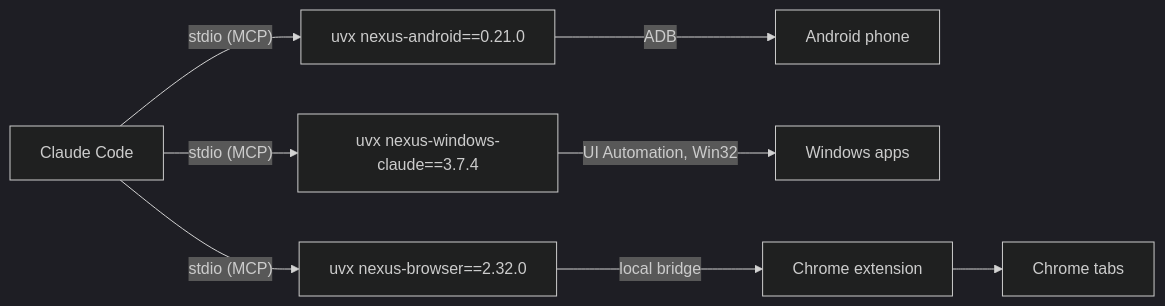
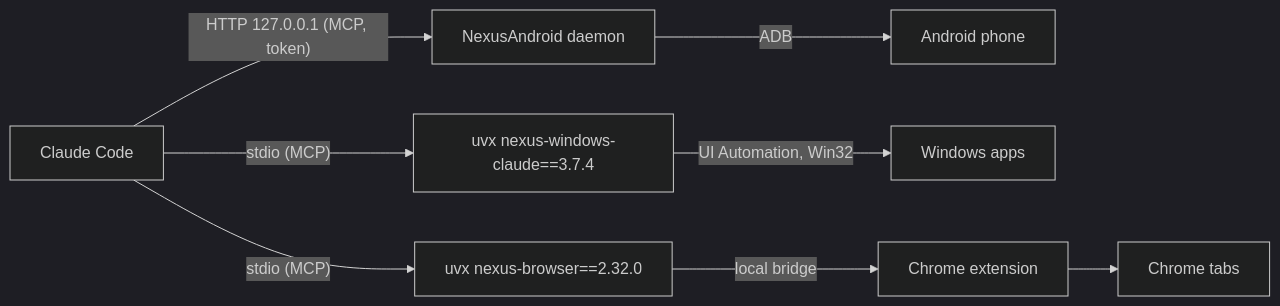
Before and after one commit to pironjulien/NexusSystem: the diagram in README.md, drawn with Mermaid (dark theme). The commit also changed other lines of this file and 21 other files, not shown here.

First line of the commit message:
NexusAndroid and NexusRelay native in the catalogs and the pack

````diff
--- a/README.md
+++ b/README.md
@@ -157,6 +159,6 @@
 ```mermaid
 flowchart LR
-    C["Claude Code"] -- "stdio (MCP)" --> A["uvx nexus-android==0.21.0"] -- ADB --> P["Android phone"]
+    C["Claude Code"] -- "HTTP 127.0.0.1 (MCP, token)" --> A["NexusAndroid daemon"] -- ADB --> P["Android phone"]
     C -- "stdio (MCP)" --> W["uvx nexus-windows-claude==3.7.4"] -- "UI Automation, Win32" --> D["Windows apps"]
     C -- "stdio (MCP)" --> B["uvx nexus-browser==2.32.0"] -- "local bridge" --> E["Chrome extension"] --> T["Chrome tabs"]
 ```
````
